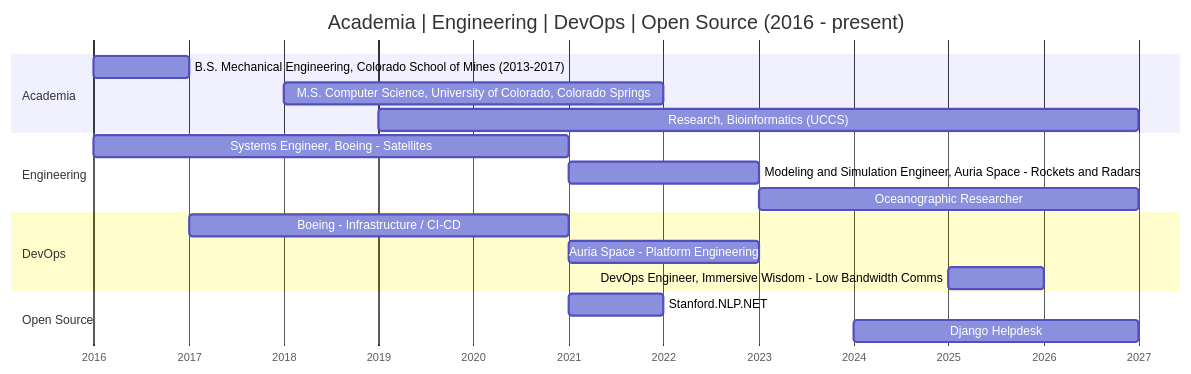
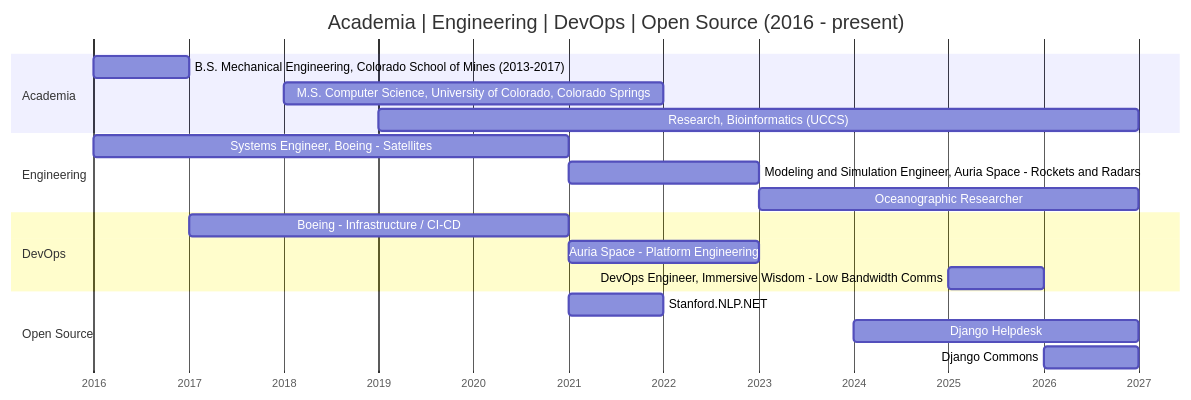
Before and after one commit to DavidVadnais/DavidVadnais: the diagram in README.md, drawn with Mermaid.

Commit message:
Add Django Commons to Open Source section

````diff
--- a/README.md
+++ b/README.md
@@ -7,26 +7,27 @@
 ```mermaid
 gantt
     title Academia | Engineering | DevOps | Open Source  (2016 - present)
     dateFormat  YYYY
     axisFormat  %Y
 
     section Academia
     B.S. Mechanical Engineering, Colorado School of Mines (2013-2017)  :a1, 2016, 2017
     M.S. Computer Science, University of Colorado, Colorado Springs    :a2, 2018, 2022
     Research, Bioinformatics (UCCS)                                    :a3, 2019, 2027
 
     section Engineering
     Systems Engineer, Boeing - Satellites                              :e1, 2016, 2021
     Modeling and Simulation Engineer, Auria Space - Rockets and Radars :e2, 2021, 2023
     Oceanographic Researcher                                           :e3, 2023, 2027
 
     section DevOps
     Boeing - Infrastructure / CI-CD                                    :d1, 2017, 2021
     Auria Space - Platform Engineering                                 :d2, 2021, 2023
     DevOps Engineer, Immersive Wisdom - Low Bandwidth Comms            :d3, 2025, 2026
 
     section Open Source
     Stanford.NLP.NET                                                   :os1, 2021, 2022
     Django Helpdesk                                                    :os2, 2024, 2027
+    Django Commons                                                     :os3, 2026, 2027
 
 ```
````
